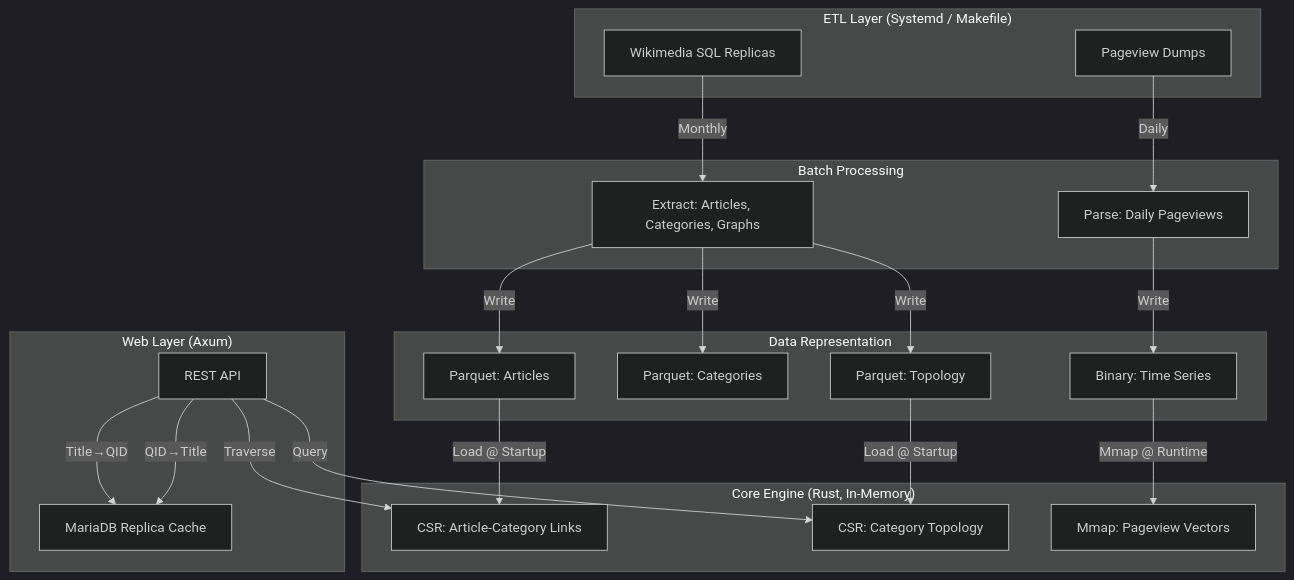
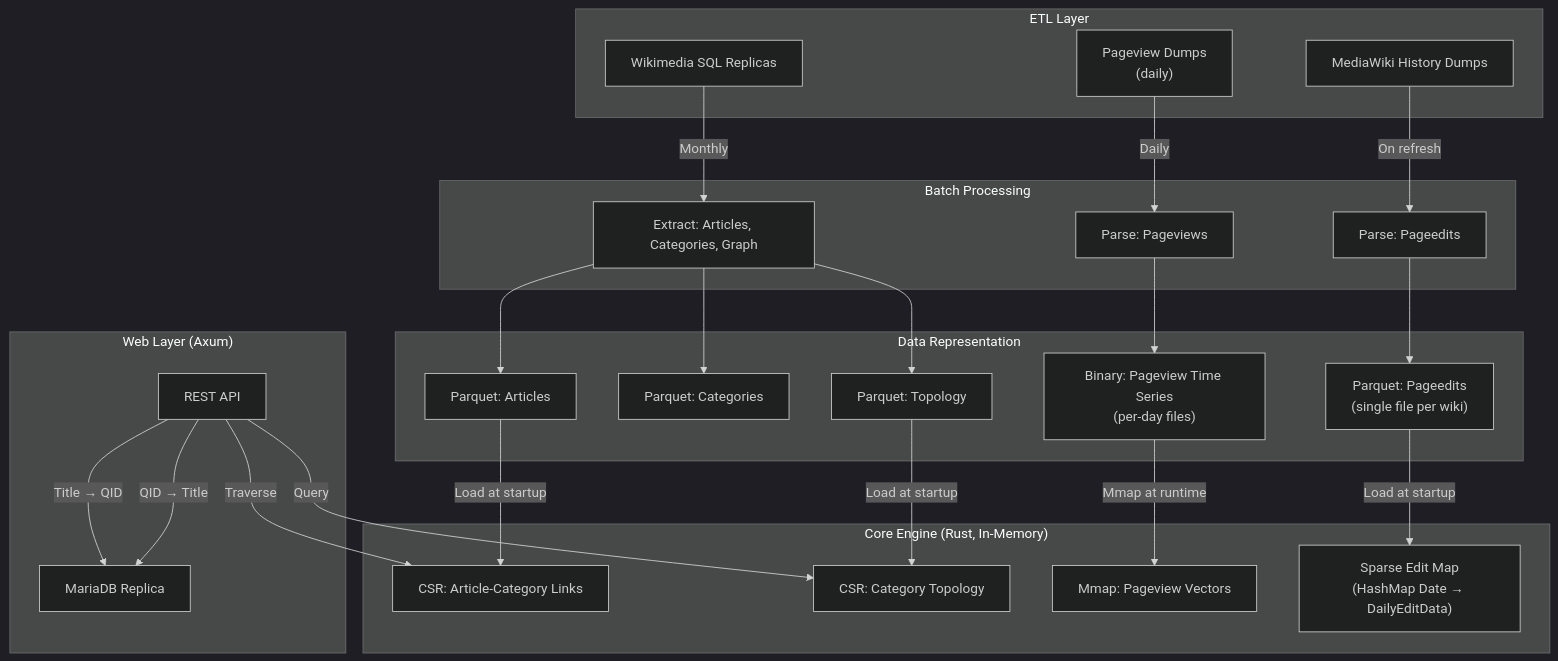
The diagram in README.md (santhoshtr/topictrends), drawn with Mermaid (dark theme) before and after one commit. The commit also changed other lines of this file and 4 other files, not shown here.

````diff
--- a/README.md
+++ b/README.md
@@ -127,47 +39,54 @@
-```mermaid graph TD
-
+```mermaid
 graph TD
-    subgraph "ETL Layer (Systemd / Makefile)"
-        RAW["Wikimedia SQL Replicas"]
-        DUMPS["Pageview Dumps"]
+    subgraph "ETL Layer"
+        SQL["Wikimedia SQL Replicas"]
+        PV_DUMPS["Pageview Dumps\n(daily)"]
+        PE_DUMPS["MediaWiki History Dumps"]
     end
 
     subgraph "Batch Processing"
-        META["Extract: Articles, Categories, Graphs"]
-        PV["Parse: Daily Pageviews"]
+        META["Extract: Articles, Categories, Graph"]
+        PV_PROC["Parse: Pageviews"]
+        PE_PROC["Parse: Pageedits"]
     end
 
     subgraph "Data Representation"
         PQ_ART["Parquet: Articles"]
         PQ_CAT["Parquet: Categories"]
         PQ_GRAPH["Parquet: Topology"]
-        BIN_TS["Binary: Time Series"]
+        BIN_PV["Binary: Pageview Time Series\n(per-day files)"]
+        PQ_PE["Parquet: Pageedits\n(single file per wiki)"]
     end
 
     subgraph "Core Engine (Rust, In-Memory)"
         CSR_LINK["CSR: Article-Category Links"]
         CSR_TOPO["CSR: Category Topology"]
-        TS_STORE["Mmap: Pageview Vectors"]
+        MMAP_PV["Mmap: Pageview Vectors"]
+        SPARSE_PE["Sparse Edit Map\n(HashMap Date → DailyEditData)"]
     end
 
     subgraph "Web Layer (Axum)"
         API["REST API"]
-        DB_REP["MariaDB Replica Cache"]
+        DB_REP["MariaDB Replica"]
     end
 
-    RAW -->|Monthly| META
-    DUMPS -->|Daily| PV
-    META -->|Write| PQ_ART
-    META -->|Write| PQ_CAT
-    META -->|Write| PQ_GRAPH
-    PV -->|Write| BIN_TS
+    SQL -->|Monthly| META
+    PV_DUMPS -->|Daily| PV_PROC
+    PE_DUMPS -->|On refresh| PE_PROC
 
-    PQ_ART -->|Load @ Startup| CSR_LINK
-    PQ_GRAPH -->|Load @ Startup| CSR_TOPO
-    BIN_TS -->|Mmap @ Runtime| TS_STORE
+    META --> PQ_ART
+    META --> PQ_CAT
+    META --> PQ_GRAPH
+    PV_PROC --> BIN_PV
+    PE_PROC --> PQ_PE
 
-    API -->|Title→QID| DB_REP
+    PQ_ART -->|Load at startup| CSR_LINK
+    PQ_GRAPH -->|Load at startup| CSR_TOPO
+    BIN_PV -->|Mmap at runtime| MMAP_PV
+    PQ_PE -->|Load at startup| SPARSE_PE
+
+    API -->|Title → QID| DB_REP
     API -->|Query| CSR_TOPO
     API -->|Traverse| CSR_LINK
-    API -->|QID→Title| DB_REP
+    API -->|QID → Title| DB_REP
 ```
````
